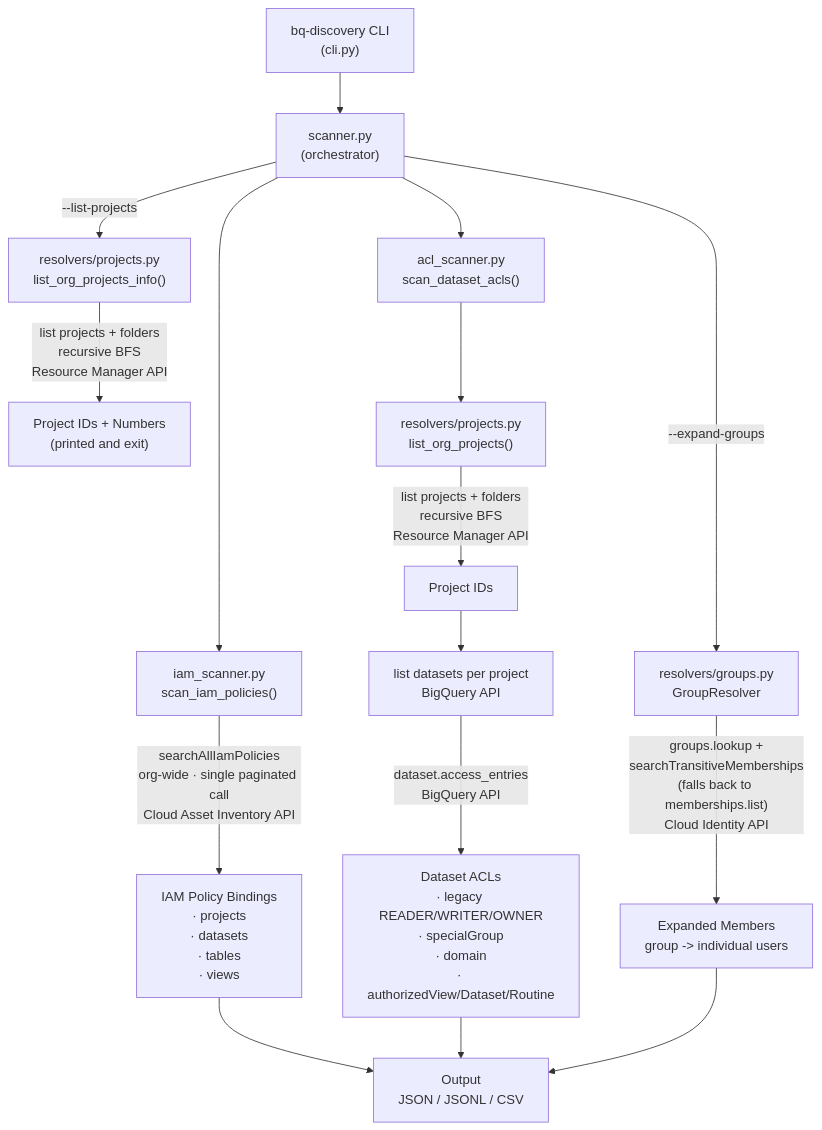
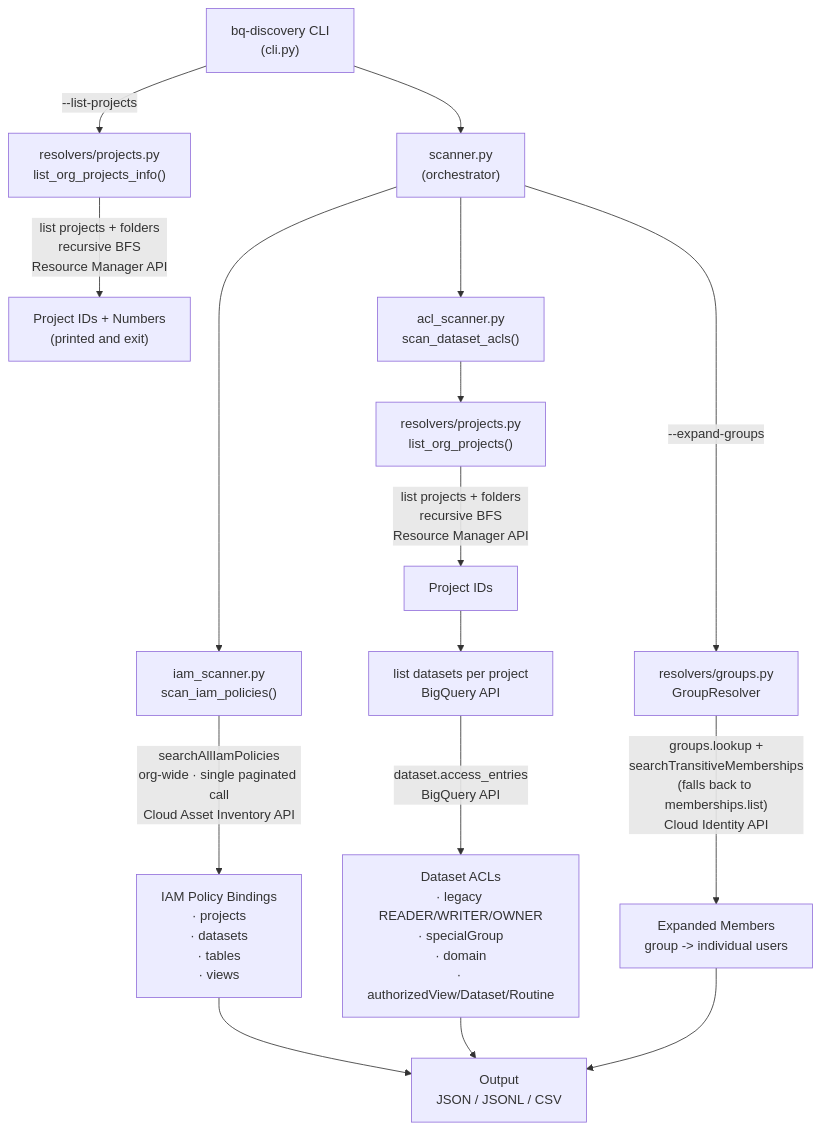
One commit to johanesalxd/random-stuff changed the diagram in bq_discovery/README.md. Above: the diagram before and after it, drawn with Mermaid. The commit also changed other lines of this file and 1 other file, not shown here.

First line of the commit message:
docs: Fix README diagram, member types, and CSV example

````diff
--- a/bq_discovery/README.md
+++ b/bq_discovery/README.md
@@ -40,24 +41,24 @@
 ```mermaid
 flowchart TD
     A["bq-discovery CLI<br/>(cli.py)"] --> B["scanner.py<br/>(orchestrator)"]
 
-    B -->|"--list-projects"| P["resolvers/projects.py<br/>list_org_projects_info()"]
+    A -->|"--list-projects"| P["resolvers/projects.py<br/>list_org_projects_info()"]
     P -->|"list projects + folders<br/>recursive BFS<br/>Resource Manager API"| Q["Project IDs + Numbers<br/>(printed and exit)"]
 
     B --> C["iam_scanner.py<br/>scan_iam_policies()"]
     B --> D["acl_scanner.py<br/>scan_dataset_acls()"]
     B -->|"--expand-groups"| E["resolvers/groups.py<br/>GroupResolver"]
 
     C -->|"searchAllIamPolicies<br/>org-wide · single paginated call<br/>Cloud Asset Inventory API"| F["IAM Policy Bindings<br/>· projects<br/>· datasets<br/>· tables<br/>· views"]
 
     D --> G["resolvers/projects.py<br/>list_org_projects()"]
     G -->|"list projects + folders<br/>recursive BFS<br/>Resource Manager API"| H["Project IDs"]
     H --> I["list datasets per project<br/>BigQuery API"]
     I -->|"dataset.access_entries<br/>BigQuery API"| J["Dataset ACLs<br/>· legacy READER/WRITER/OWNER<br/>· specialGroup<br/>· domain<br/>· authorizedView/Dataset/Routine"]
 
     E -->|"groups.lookup +<br/>searchTransitiveMemberships<br/>(falls back to memberships.list)<br/>Cloud Identity API"| K["Expanded Members<br/>group -> individual users"]
 
     F --> L["Output<br/>JSON / JSONL / CSV"]
     J --> L
     K --> L
 ```
````
